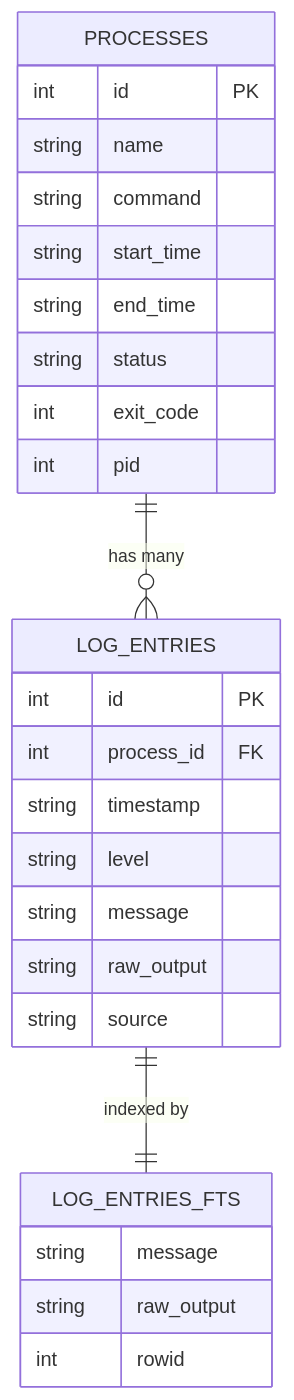
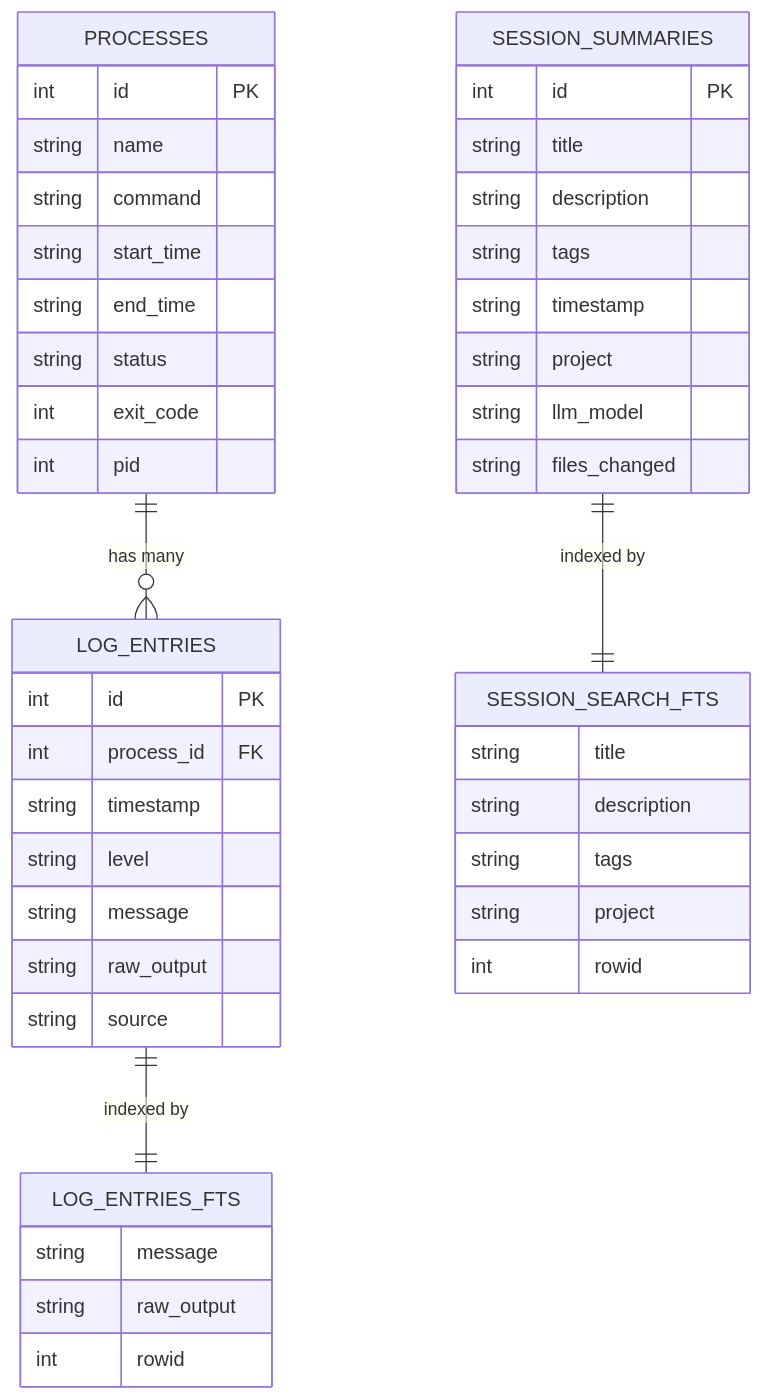
The fourth of 8 diagrams in DESIGN.md (bvelasquez/console_mcp), drawn with Mermaid before and after one commit. The commit also changed other lines of this file and 6 other files, not shown here.

Commit message:
feat: implement session summary feature with auto-detection and search capabilities

````diff
--- a/DESIGN.md
+++ b/DESIGN.md
@@ -145,32 +155,52 @@
 ```mermaid
 erDiagram
     PROCESSES {
         int id PK
         string name
         string command
         string start_time
         string end_time
         string status
         int exit_code
         int pid
     }
 
     LOG_ENTRIES {
         int id PK
         int process_id FK
         string timestamp
         string level
         string message
         string raw_output
         string source
     }
 
+    SESSION_SUMMARIES {
+        int id PK
+        string title
+        string description
+        string tags
+        string timestamp
+        string project
+        string llm_model
+        string files_changed
+    }
+
     LOG_ENTRIES_FTS {
         string message
         string raw_output
         int rowid
     }
 
+    SESSION_SEARCH_FTS {
+        string title
+        string description
+        string tags
+        string project
+        int rowid
+    }
+
     PROCESSES ||--o{ LOG_ENTRIES : "has many"
     LOG_ENTRIES ||--|| LOG_ENTRIES_FTS : "indexed by"
+    SESSION_SUMMARIES ||--|| SESSION_SEARCH_FTS : "indexed by"
 ```
````
